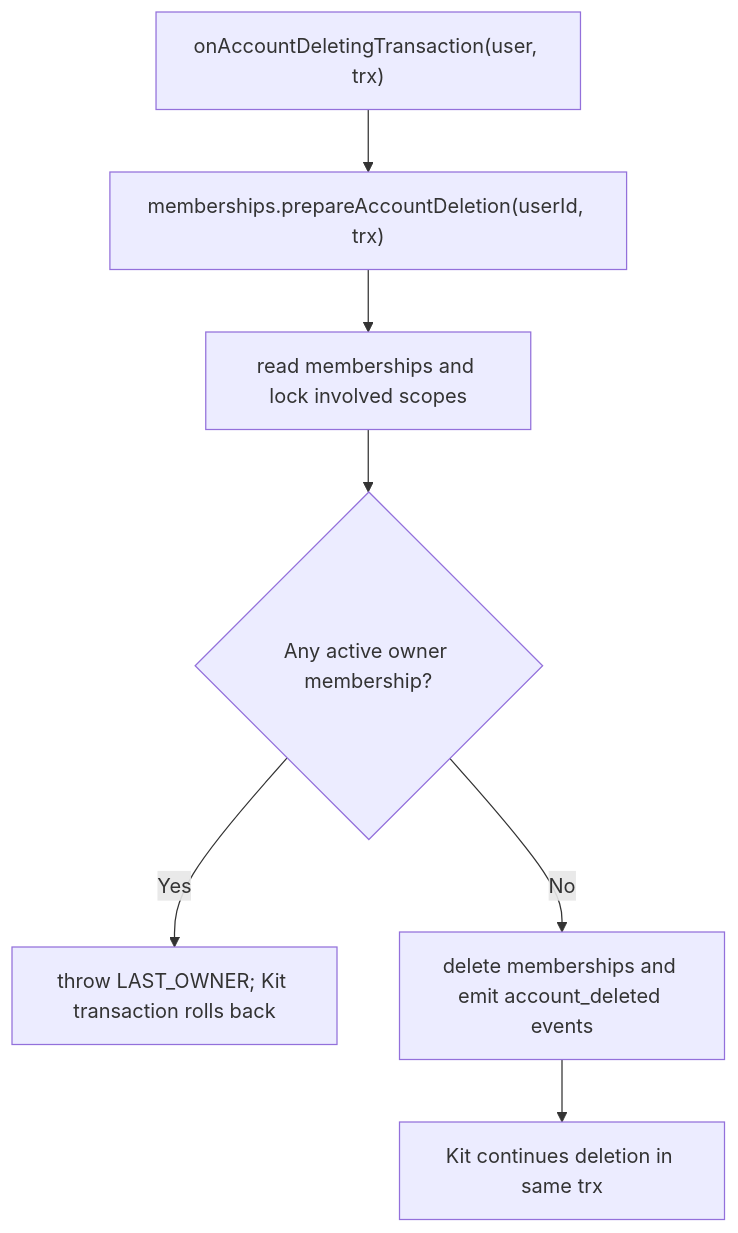
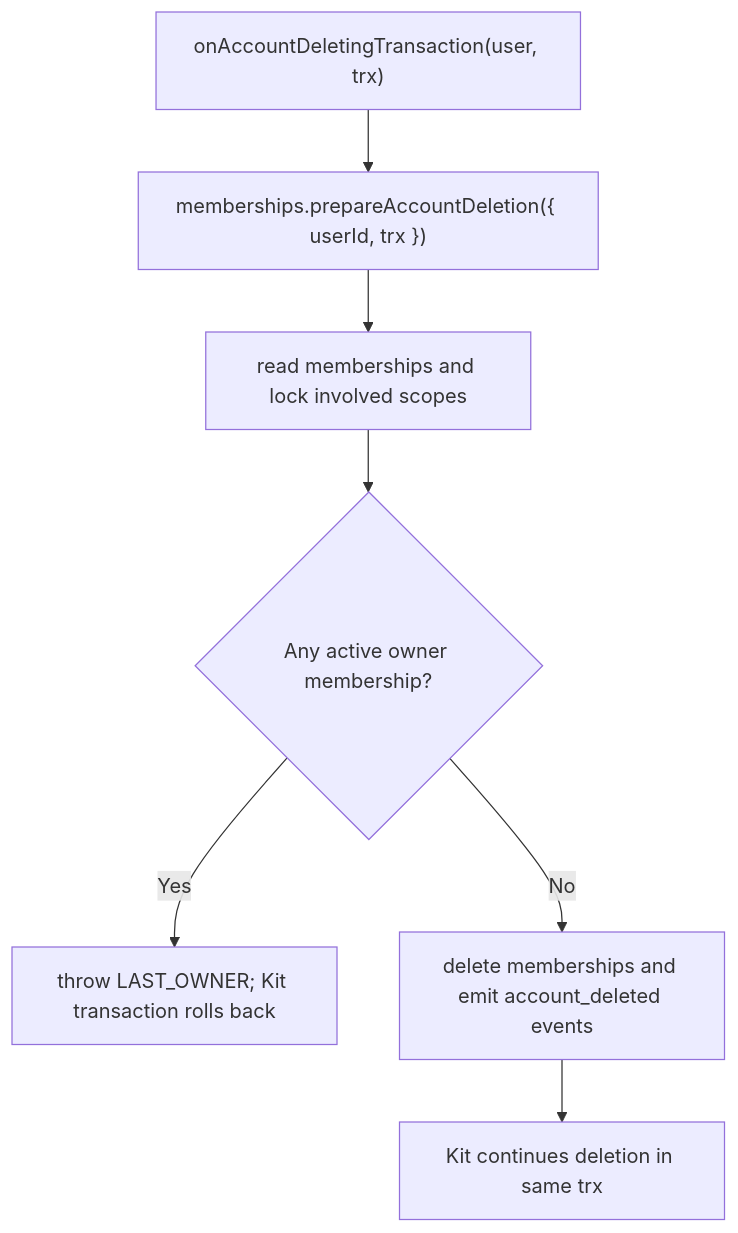
One commit to Kevinjohn/oss-adonisjs-access-control changed the second of 2 diagrams in user-stories/US-ACCESS-20-protect-account-deletion.md. Above: the diagram before and after it, drawn with Mermaid. The commit also changed 6 other files, not shown here.

````diff
--- a/user-stories/US-ACCESS-20-protect-account-deletion.md
+++ b/user-stories/US-ACCESS-20-protect-account-deletion.md
@@ -31,9 +31,9 @@
 ```mermaid
 flowchart TD
-    A["onAccountDeletingTransaction(user, trx)"] --> B["memberships.prepareAccountDeletion(userId, trx)"]
+    A["onAccountDeletingTransaction(user, trx)"] --> B["memberships.prepareAccountDeletion({ userId, trx })"]
     B --> C["read memberships and lock involved scopes"]
     C --> D{"Any active owner membership?"}
     D -->|Yes| E["throw LAST_OWNER; Kit transaction rolls back"]
     D -->|No| F["delete memberships and emit account_deleted events"]
     F --> G["Kit continues deletion in same trx"]
 ```
````
